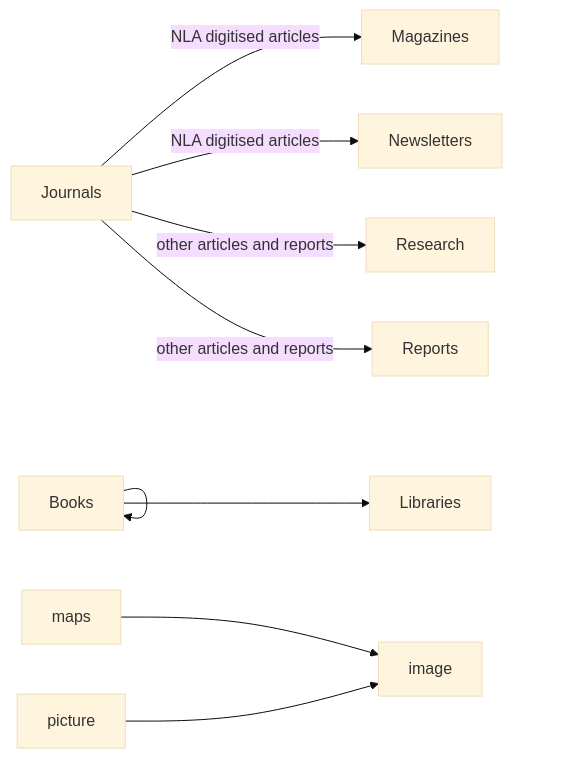
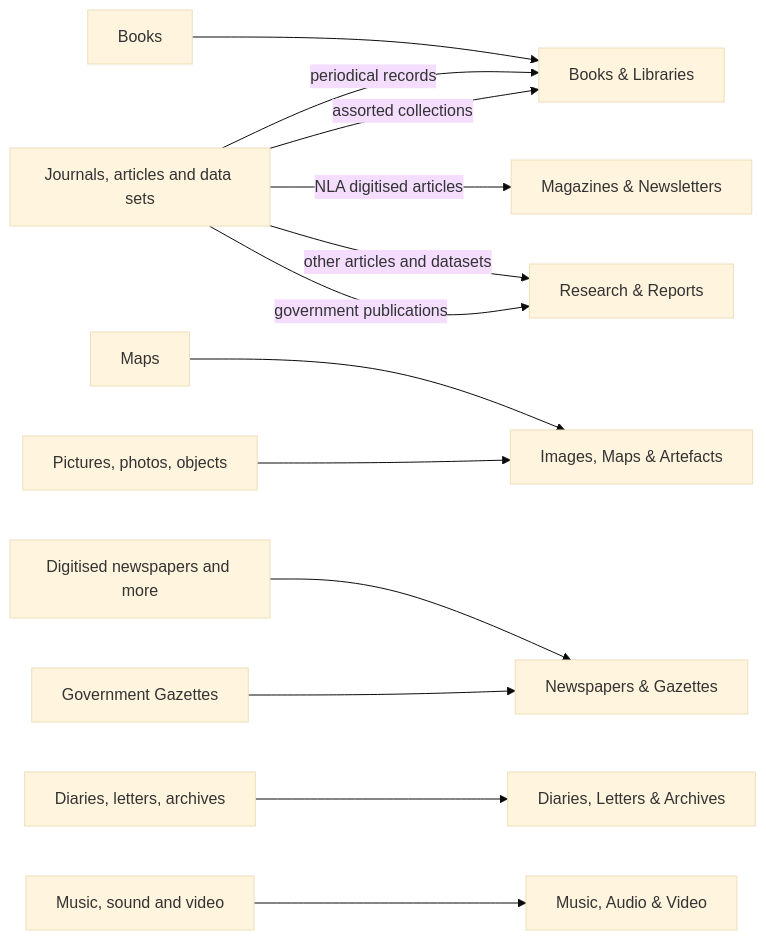
The diagram in what-is-trove/categories-and-zones.md (wragge/trove-data-guide), drawn with Mermaid (base theme) before and after one commit. The commit also changed other lines of this file and 5 other files, not shown here.

````diff
--- a/what-is-trove/categories-and-zones.md
+++ b/what-is-trove/categories-and-zones.md
@@ -153,9 +156,15 @@
 ```{mermaid}
 graph LR
-  Books --> Books & Libraries
-  Journals -- NLA digitised articles --> Magazines & Newsletters
-  Journals -- other articles and reports --> Research & Reports
-  
-  maps --> image
-  picture --> image
+  Books --> bl["Books & Libraries"]
+  jda["Journals, articles and data sets"] -- NLA digitised articles --> mn["Magazines & Newsletters"]
+  jda -- other articles and datasets --> rr["Research & Reports"]
+  jda -- periodical records --> bl
+  jda -- government publications --> rr
+  jda -- assorted collections --> bl
+  Maps --> im["Images, Maps & Artefacts"]
+  ppo["Pictures, photos, objects"] --> im
+  dn["Digitised newspapers and more"] --> ng["Newspapers & Gazettes"]
+  gg["Government Gazettes"] --> ng
+  dla["Diaries, letters, archives"] --> dlaa["Diaries, Letters & Archives"]
+  msv["Music, sound and video"] --> mav["Music, Audio & Video"]
 ```
````
